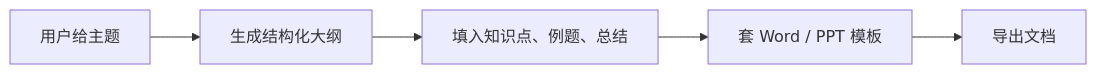
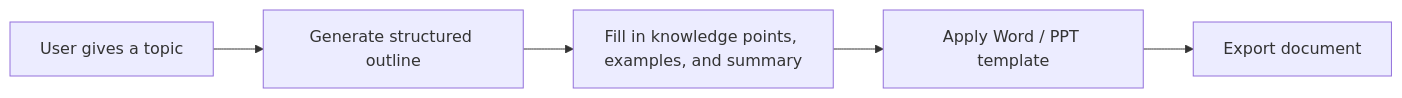
The diagram in docs/ch08-rag/ch03-app-dev/08-template-doc-generation.md (oudbiao/AI-fullstack-course), drawn with Mermaid before and after one commit. The commit also changed other lines of this file and 1406 other files, not shown here.

````diff
--- a/docs/ch08-rag/ch03-app-dev/08-template-doc-generation.md
+++ b/docs/ch08-rag/ch03-app-dev/08-template-doc-generation.md
@@ -41,7 +41,7 @@
 ```mermaid
 flowchart LR
-    A["用户给主题"] --> B["生成结构化大纲"]
-    B --> C["填入知识点、例题、总结"]
-    C --> D["套 Word / PPT 模板"]
-    D --> E["导出文档"]
+    A["User gives a topic"] --> B["Generate structured outline"]
+    B --> C["Fill in knowledge points, examples, and summary"]
+    C --> D["Apply Word / PPT template"]
+    D --> E["Export document"]
 ```
````
